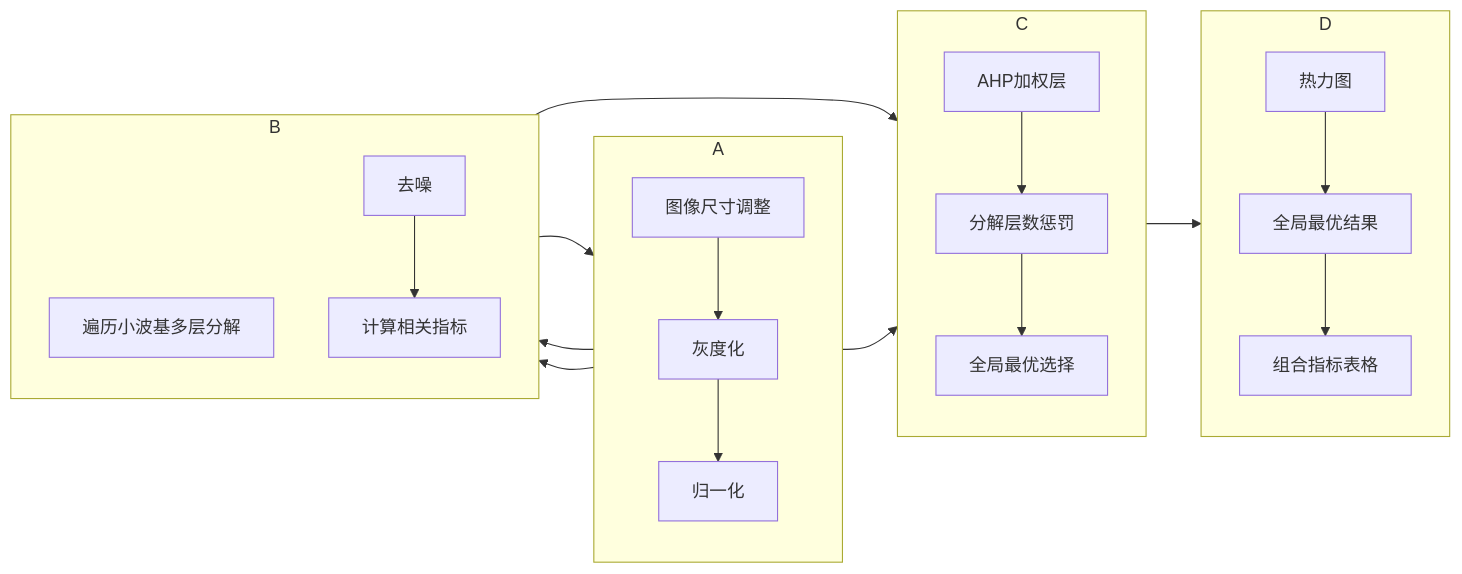
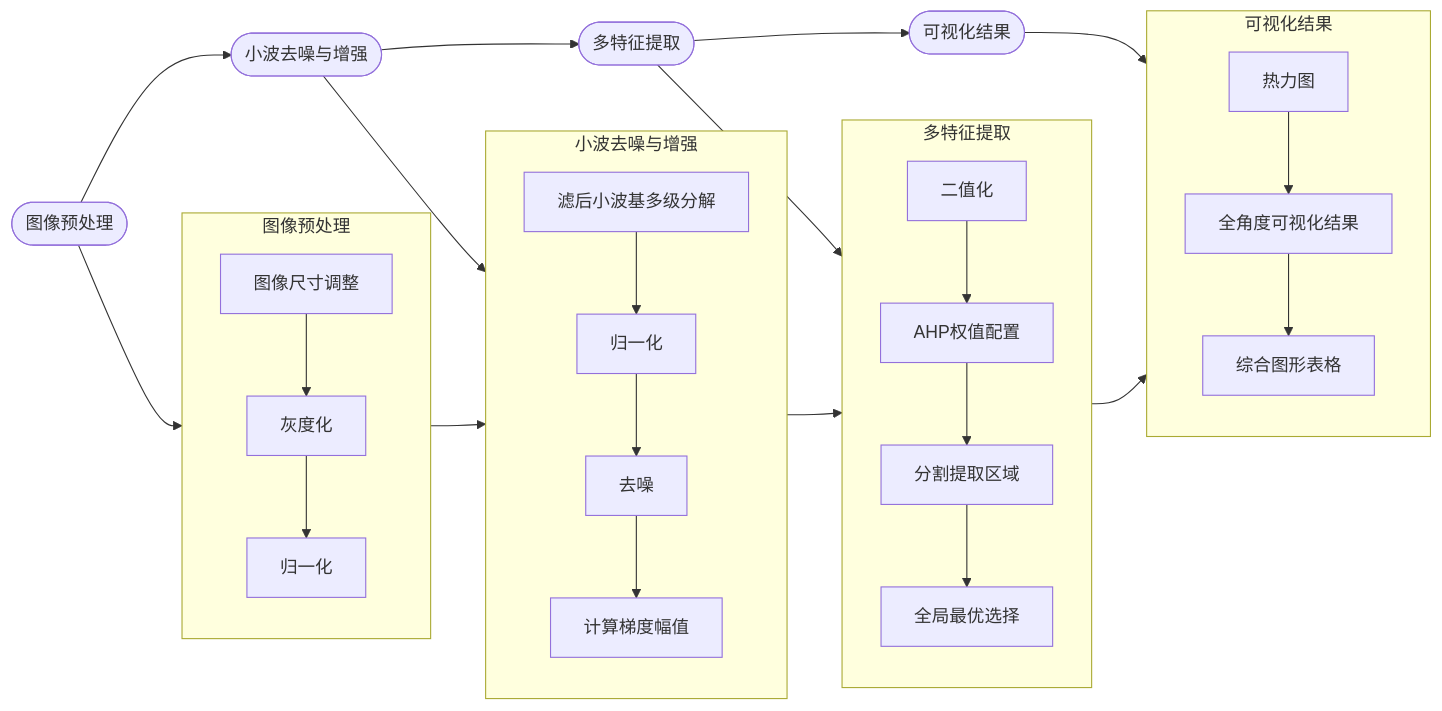
One commit to Linziyang1026/iodraw-files changed the diagram in all/未命名.md. Above: the diagram before and after it, drawn with Mermaid.

Commit message:
2025-05-11 00:16:25 update

````diff
--- a/all/未命名.md
+++ b/all/未命名.md
@@ -1,20 +1,57 @@
 ```mermaid
-graph LR
-A[图像预处理] --> B[小波去噪与重构] --> C[多指标决策] --> D[可视化结果]
-subgraph A
-direction TD
-图像尺寸调整 --> 灰度化 --> 归一化
-end
-subgraph B
-direction TD
-遍历小波基多层分解 --> 归一化 --> 去噪 --> 计算相关指标
-end
-subgraph C
-direction TD
-归一化 --> AHP加权层 --> 分解层数惩罚 --> 全局最优选择
-end
-subgraph D
-direction TD
-热力图 --> 全局最优结果 --> 组合指标表格
-end
+flowchart LR
+    %% 顶层阶段
+    T1([图像预处理]) --> T2([小波去噪与增强])
+    T2 --> T3([多特征提取])
+    T3 --> T4([可视化结果])
+
+    %% 顶层到子模块的垂直连线
+    T1 --> A1
+    T2 --> B1
+    T3 --> C1
+    T4 --> D1
+
+    %% 子模块1：图像预处理
+    subgraph 图像预处理
+      direction TB
+      A1[图像尺寸调整]
+      A2[灰度化]
+      A3[归一化]
+      A1 --> A2 --> A3
+    end
+
+    %% 子模块2：小波去噪与增强
+    subgraph 小波去噪与增强
+      direction TB
+      B1[滤后小波基多级分解]
+      B2[归一化]
+      B3[去噪]
+      B4[计算梯度幅值]
+      B1 --> B2 --> B3 --> B4
+    end
+
+    %% 子模块3：多特征提取
+    subgraph 多特征提取
+      direction TB
+      C1[二值化]
+      C2[AHP权值配置]
+      C3[分割提取区域]
+      C4[全局最优选择]
+      C1 --> C2 --> C3 --> C4
+    end
+
+    %% 子模块4：可视化结果
+    subgraph 可视化结果
+      direction TB
+      D1[热力图]
+      D2[全角度可视化结果]
+      D3[综合图形表格]
+      D1 --> D2 --> D3
+    end
+
+    %% 子模块间横向连接
+    A3 --> B1
+    B4 --> C1
+    C4 --> D1
+
 ```
````
